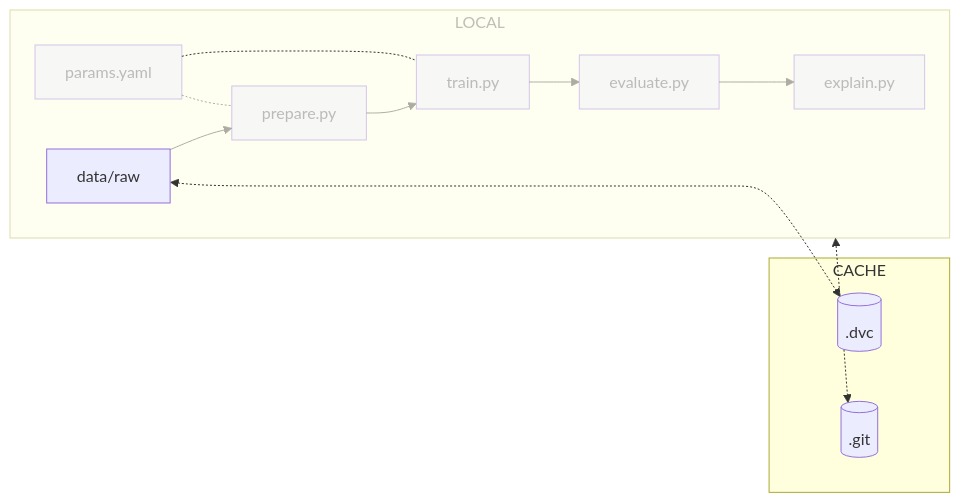
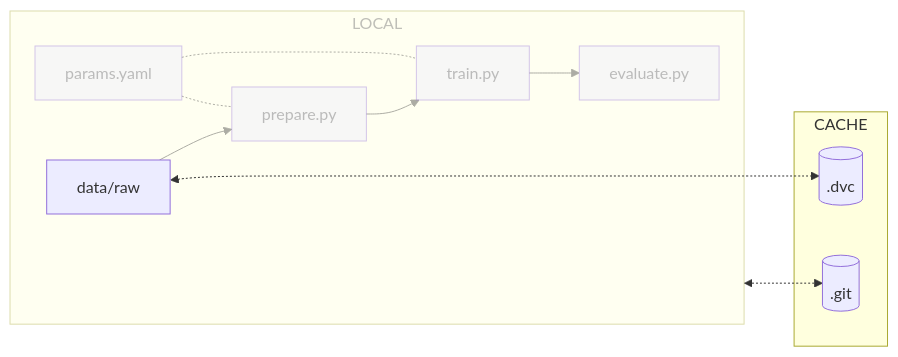
Before and after one commit to swiss-ai-center/a-guide-to-mlops: the diagram in docs/part-1-local-training-and-model-evaluation/chapter-3-initialize-git-and-dvc-for-local-training/index.md, drawn with Mermaid. The commit also changed other lines of this file and 4 other files, not shown here.

````diff
--- a/docs/part-1-local-training-and-model-evaluation/chapter-3-initialize-git-and-dvc-for-local-training/index.md
+++ b/docs/part-1-local-training-and-model-evaluation/chapter-3-initialize-git-and-dvc-for-local-training/index.md
@@ -36,31 +36,28 @@
 ```mermaid
 flowchart LR
 	dot_dvc[(.dvc)]
 	dot_git[(.git)]
 	data[data/raw] <-.-> dot_dvc
     localGraph <-....-> dot_git
 	subgraph cacheGraph[CACHE]
 		dot_dvc
 		dot_git
 	end
 	subgraph localGraph[LOCAL]
         data --> prepare
         prepare[prepare.py] --> train
-		train[train.py] --> evaluate
-        evaluate[evaluate.py] --> explain
-        explain[explain.py]
+		train[train.py] --> evaluate[evaluate.py]
         params[params.yaml] -.- prepare
         params -.- train
 	end
     style localGraph opacity:0.4,color:#7f7f7f80
     style prepare opacity:0.4,color:#7f7f7f80
     style train opacity:0.4,color:#7f7f7f80
     style evaluate opacity:0.4,color:#7f7f7f80
-    style explain opacity:0.4,color:#7f7f7f80
     style params opacity:0.4,color:#7f7f7f80
     linkStyle 2 opacity:0.4,color:#7f7f7f80
     linkStyle 3 opacity:0.4,color:#7f7f7f80
     linkStyle 4 opacity:0.4,color:#7f7f7f80
     linkStyle 5 opacity:0.4,color:#7f7f7f80
     linkStyle 6 opacity:0.4,color:#7f7f7f80
 ```
````
